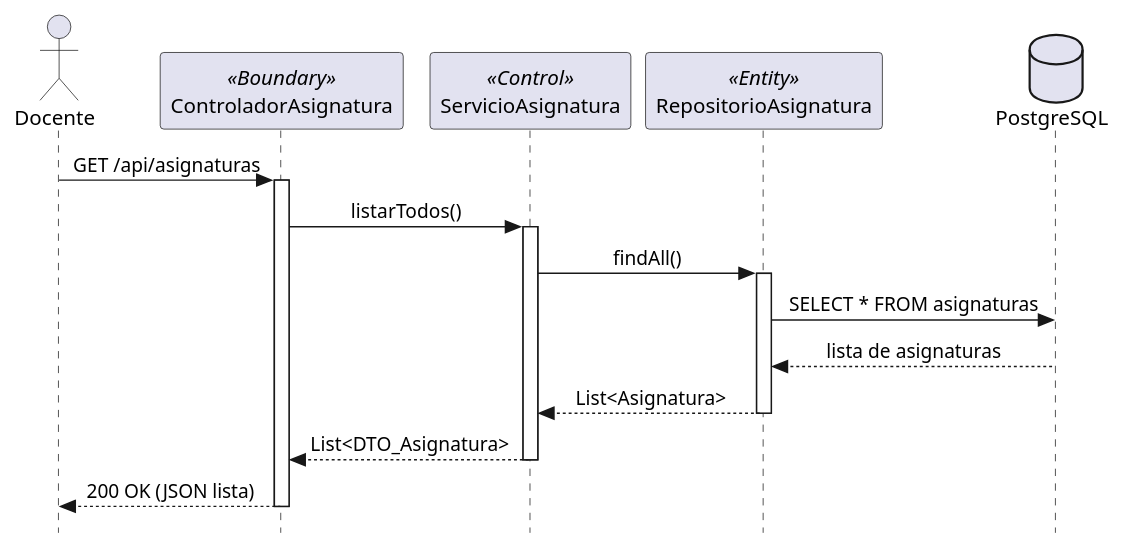
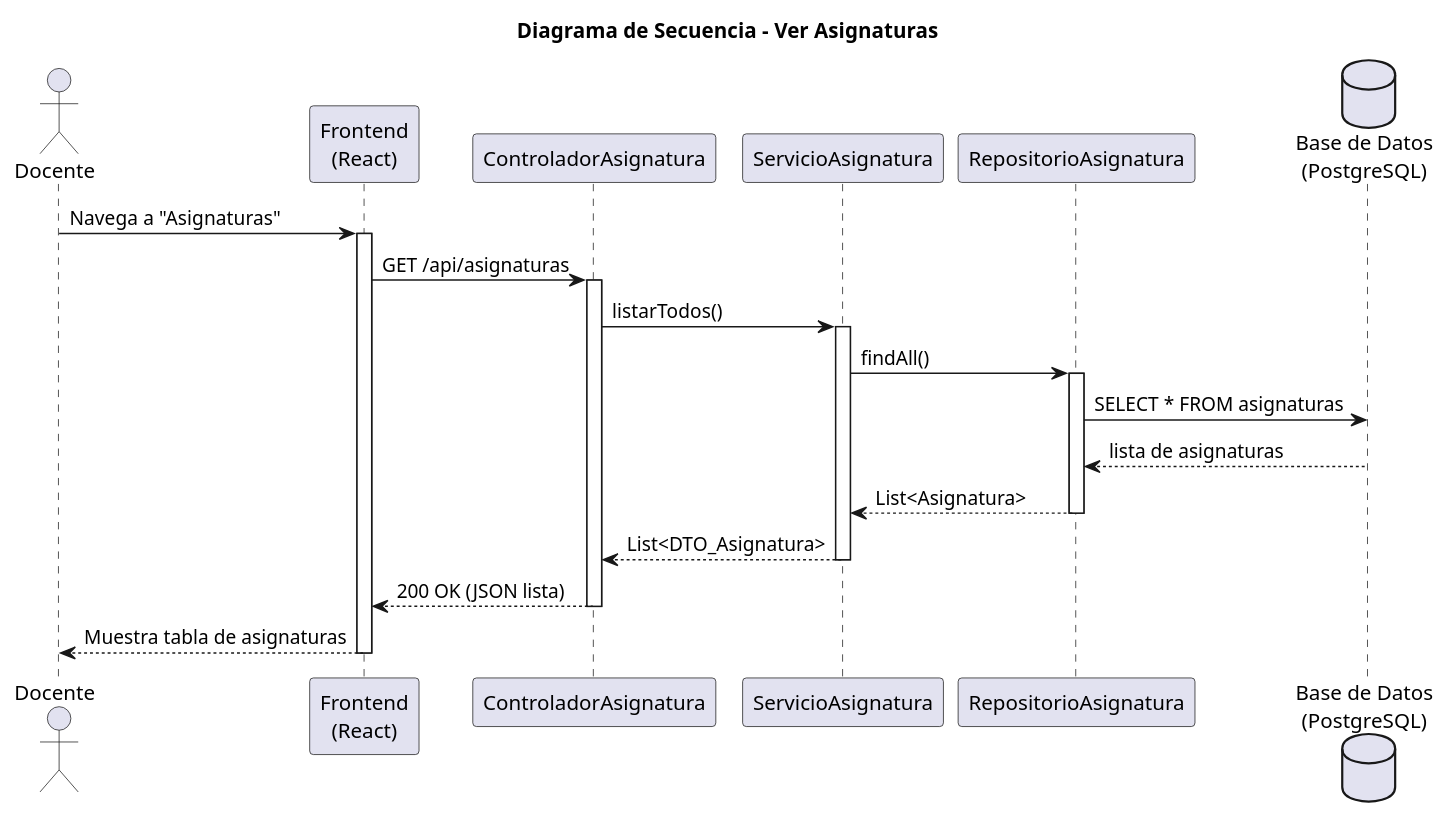
The diagram in RUP/02-diseno/casos-uso/CU-21-verAsignaturas/diseno-secuencia-CU-21-verAsignaturas.puml (liamanderson873/25-26-idsw2-sdVC), drawn with PlantUML before and after one commit. The commit also changed 133 other files, not shown here.

First line of the commit message:
RUP: completar diagramas de análisis y diseño para los 41 casos de uso

```diff
--- a/RUP/02-diseno/casos-uso/CU-21-verAsignaturas/diseno-secuencia-CU-21-verAsignaturas.puml
+++ b/RUP/02-diseno/casos-uso/CU-21-verAsignaturas/diseno-secuencia-CU-21-verAsignaturas.puml
@@ -1,30 +1,36 @@
-@startuml secuencia-cu21-ver-asignatura
-skinparam style strictuml
-skinparam sequenceMessageAlign center
+@startuml secuencia-cu21-ver-asignaturas
+title Diagrama de Secuencia - Ver Asignaturas
 
-actor Docente
-participant "ControladorAsignatura" as Boundary <<Boundary>>
-participant "ServicioAsignatura" as Control <<Control>>
-participant "RepositorioAsignatura" as RepoAsig <<Entity>>
-database "PostgreSQL" as DB
+actor "Docente" as Actor
+participant "Frontend\n(React)" as FE
+participant "ControladorAsignatura" as Controller
+participant "ServicioAsignatura" as Service
+participant "RepositorioAsignatura" as RepoAsig
+database "Base de Datos\n(PostgreSQL)" as DB
 
-Docente -> Boundary : GET /api/asignaturas
-activate Boundary
+Actor -> FE : Navega a "Asignaturas"
+activate FE
 
-Boundary -> Control : listarTodos()
-activate Control
+FE -> Controller : GET /api/asignaturas
+activate Controller
 
-Control -> RepoAsig : findAll()
+Controller -> Service : listarTodos()
+activate Service
+
+Service -> RepoAsig : findAll()
 activate RepoAsig
 RepoAsig -> DB : SELECT * FROM asignaturas
 DB --> RepoAsig : lista de asignaturas
-RepoAsig --> Control : List<Asignatura>
+RepoAsig --> Service : List<Asignatura>
 deactivate RepoAsig
 
-Control --> Boundary : List<DTO_Asignatura>
-deactivate Control
+Service --> Controller : List<DTO_Asignatura>
+deactivate Service
 
-Boundary --> Docente : 200 OK (JSON lista)
-deactivate Boundary
+Controller --> FE : 200 OK (JSON lista)
+deactivate Controller
+
+FE --> Actor : Muestra tabla de asignaturas
+deactivate FE
 
 @enduml
```
